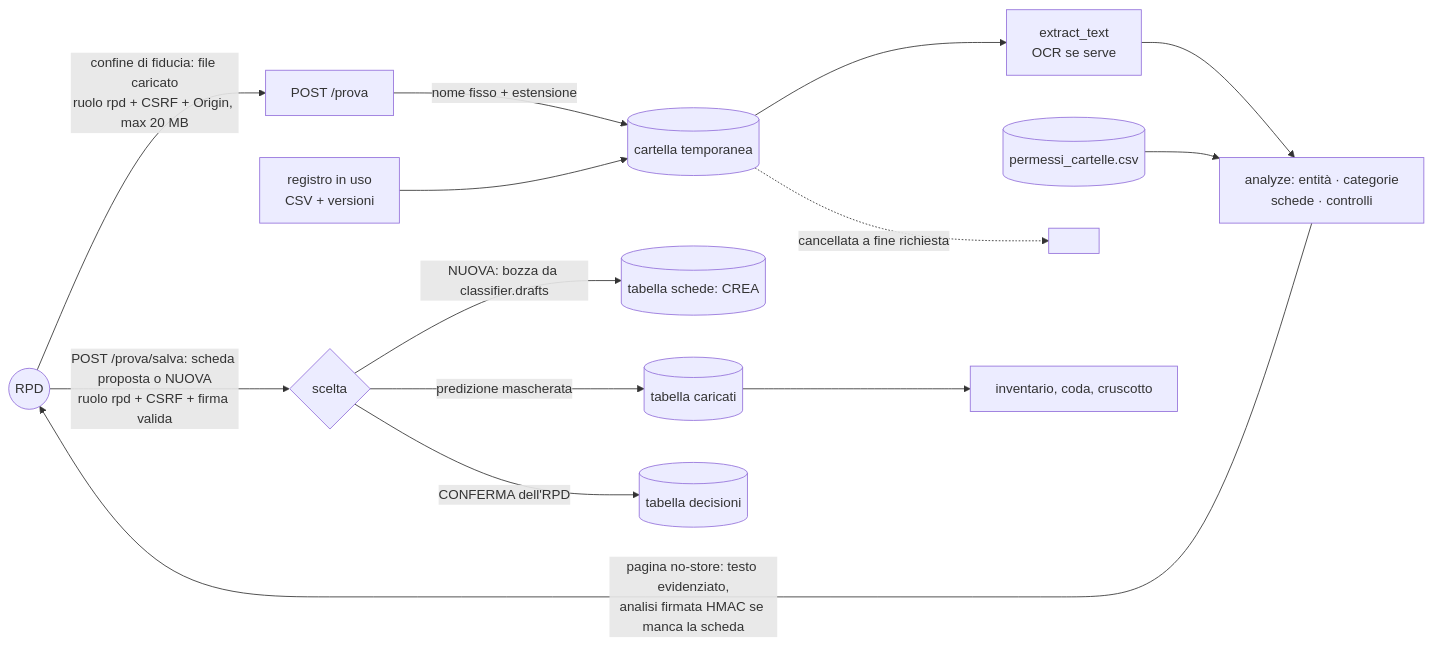
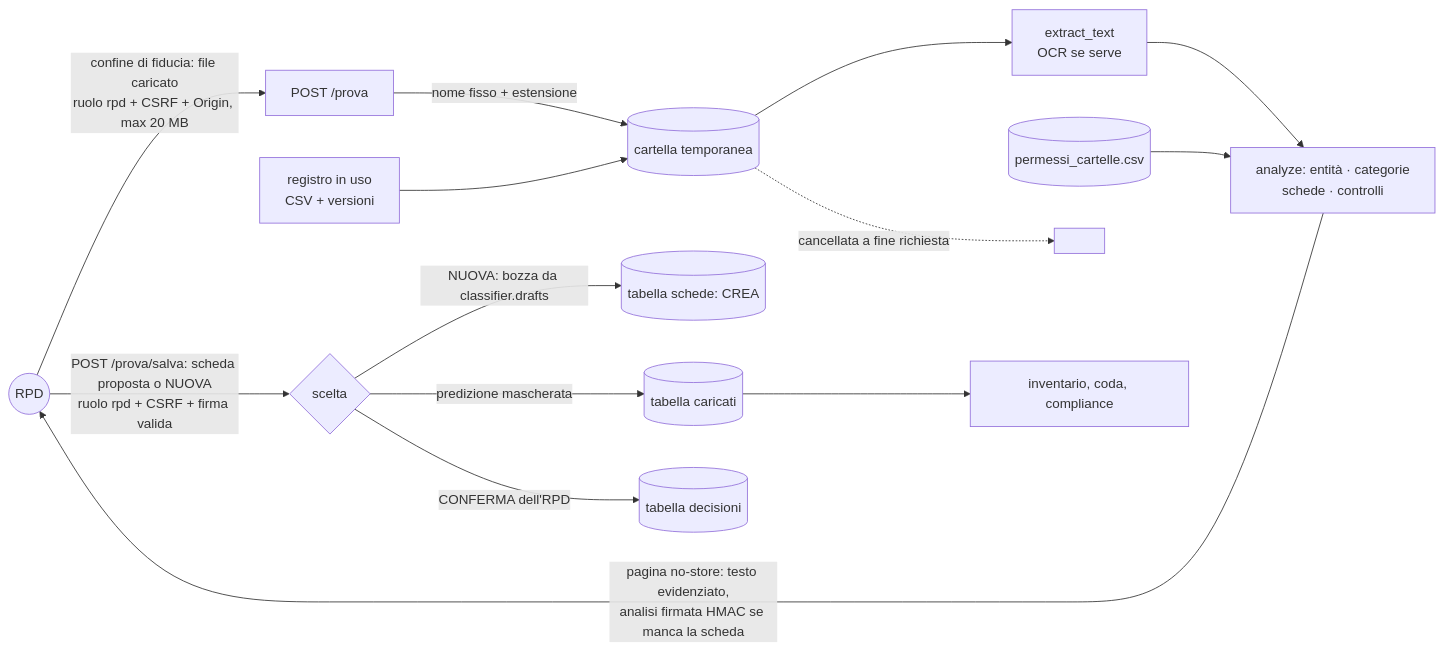
The fourth of 7 diagrams in docs/flussi.md (sergiovzambelli/dago-data-governance), drawn with Mermaid before and after one commit. The commit also changed other lines of this file and 25 other files, not shown here.

````diff
--- a/docs/flussi.md
+++ b/docs/flussi.md
@@ -123,15 +123,15 @@
 ```mermaid
 flowchart LR
     U((RPD)) -->|confine di fiducia: file caricato<br/>ruolo rpd + CSRF + Origin, max 20 MB| P["POST /prova"]
     P -->|nome fisso + estensione| TMP[(cartella temporanea)]
     REG[registro in uso<br/>CSV + versioni] --> TMP
     TMP --> EX[extract_text<br/>OCR se serve] --> AN[analyze: entità · categorie<br/>schede · controlli]
     PERM[(permessi_cartelle.csv)] --> AN
     AN -->|pagina no-store: testo evidenziato,<br/>analisi firmata HMAC se manca la scheda| U
     TMP -.->|cancellata a fine richiesta| X[ ]
     U -->|"POST /prova/salva: scheda proposta o NUOVA<br/>ruolo rpd + CSRF + firma valida"| S{scelta}
     S -->|NUOVA: bozza da classifier.drafts| SCH[(tabella schede: CREA)]
     S -->|predizione mascherata| CAR[(tabella caricati)]
     S -->|CONFERMA dell'RPD| DEC[(tabella decisioni)]
-    CAR --> INV[inventario, coda, cruscotto]
+    CAR --> INV[inventario, coda, compliance]
 ```
````
